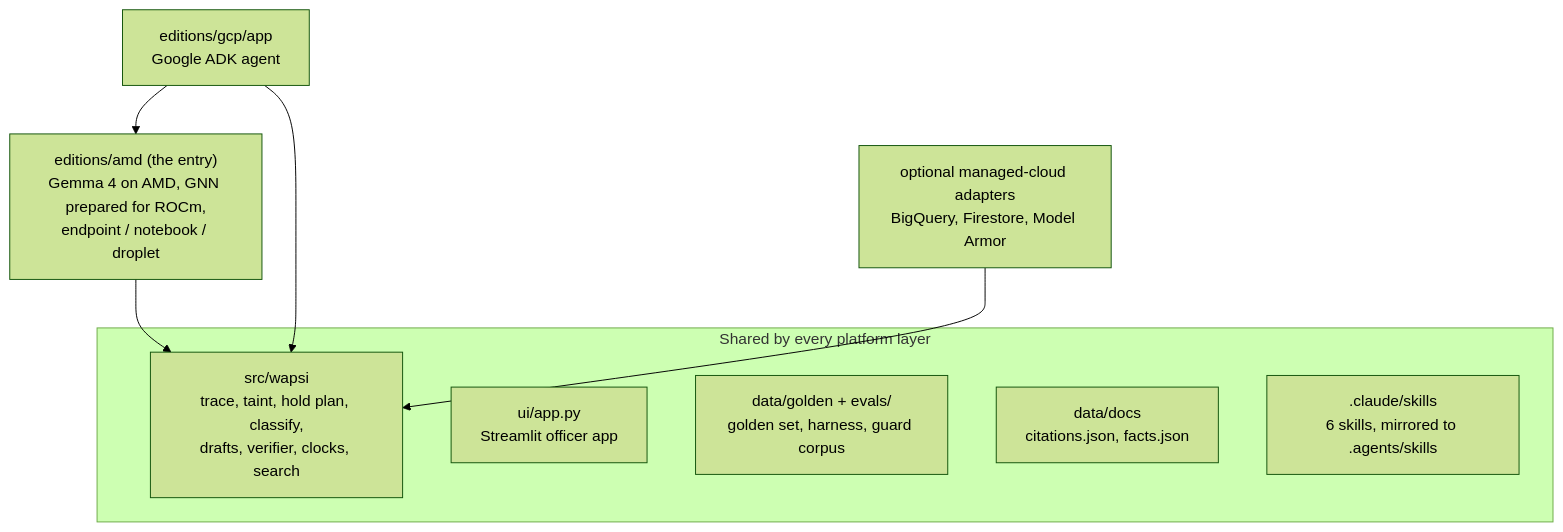
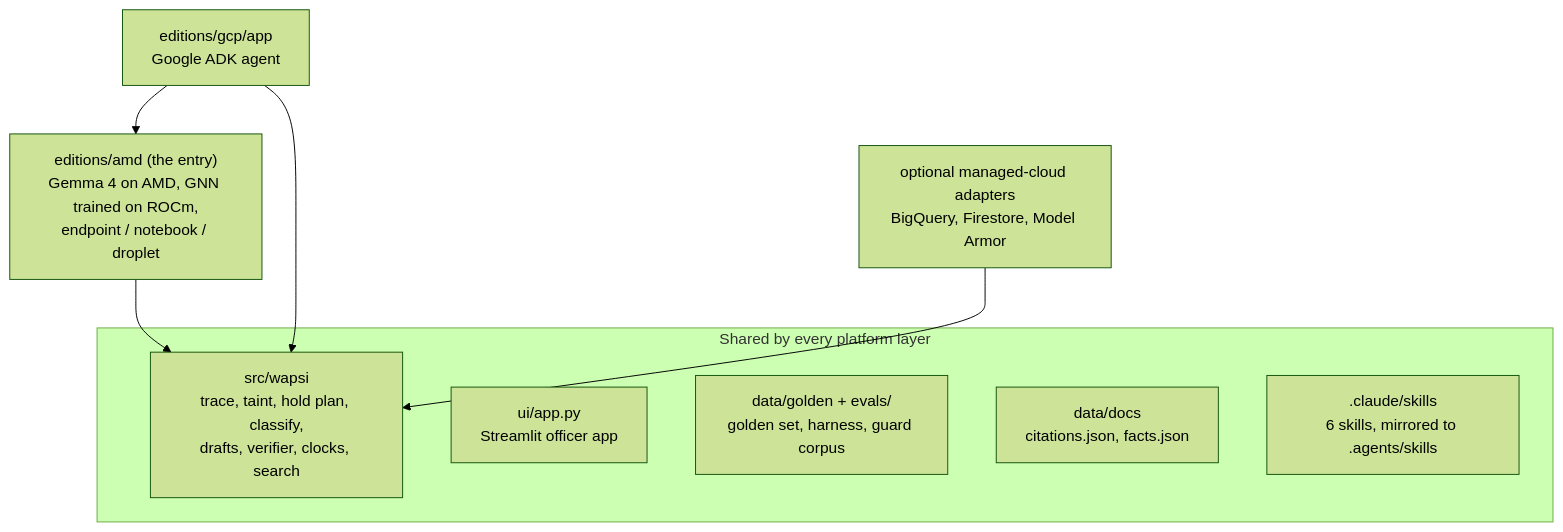
Before and after one commit to GODOSTROYER/wapsi: the diagram in docs/editions.md, drawn with Mermaid (forest theme). The commit also changed other lines of this file and 84 other files, not shown here.

````diff
--- a/docs/editions.md
+++ b/docs/editions.md
@@ -250,14 +250,14 @@
 ```mermaid
 flowchart TB
     subgraph SHARED["Shared by every platform layer"]
         CORE["src/wapsi<br/>trace, taint, hold plan, classify,<br/>drafts, verifier, clocks, search"]
         UI["ui/app.py<br/>Streamlit officer app"]
         GOLD["data/golden + evals/<br/>golden set, harness, guard corpus"]
         DOCS["data/docs<br/>citations.json, facts.json"]
         SK[".claude/skills<br/>6 skills, mirrored to .agents/skills"]
     end
-    AM["editions/amd (the entry)<br/>Gemma 4 on AMD, GNN prepared for ROCm,<br/>endpoint / notebook / droplet"] --> CORE
+    AM["editions/amd (the entry)<br/>Gemma 4 on AMD, GNN trained on ROCm,<br/>endpoint / notebook / droplet"] --> CORE
     AG["editions/gcp/app<br/>Google ADK agent"] --> CORE
     AG --> AM
     GC["optional managed-cloud adapters<br/>BigQuery, Firestore, Model Armor"] --> CORE
 ```
````
